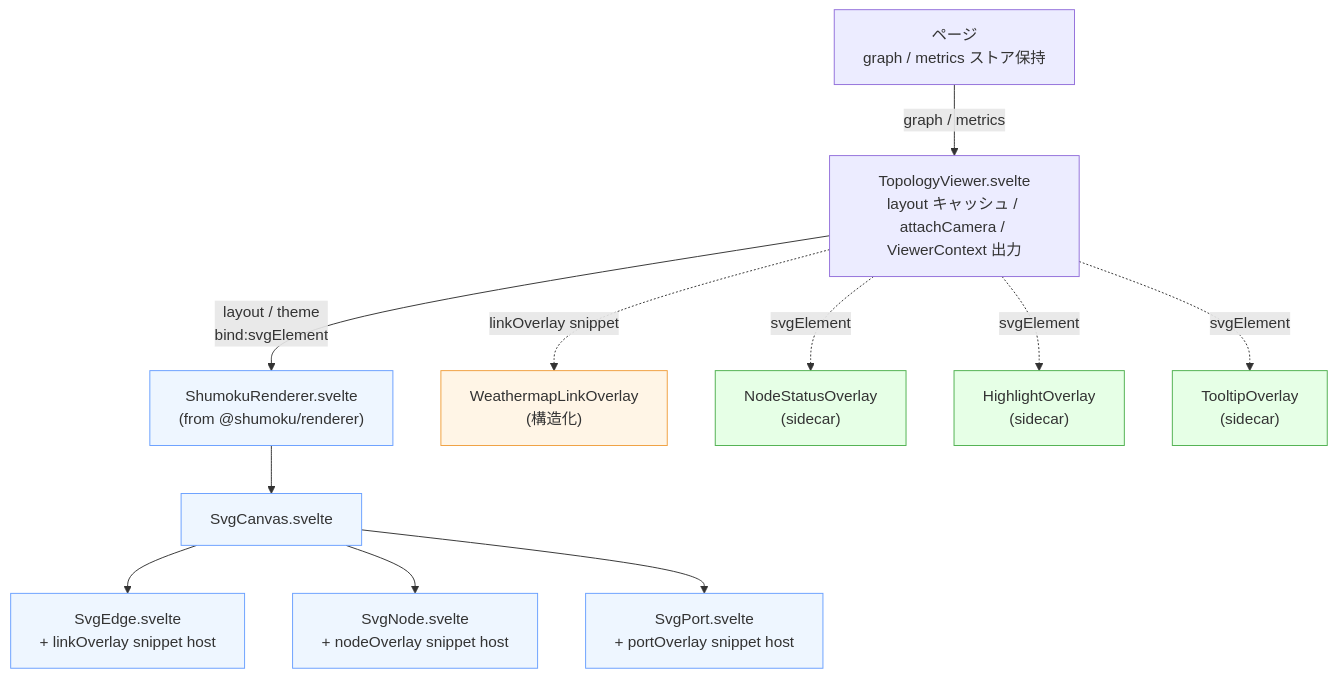
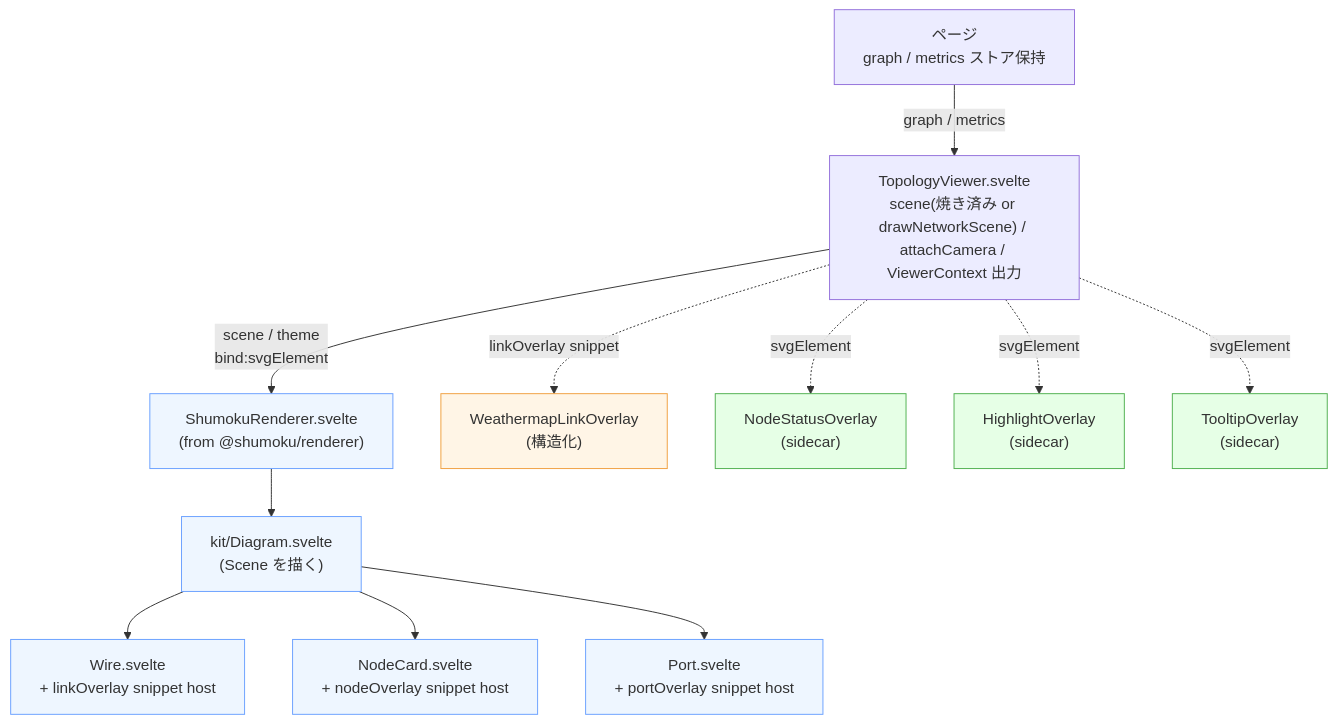
One commit to konoe-akitoshi/shumoku changed the second of 6 diagrams in apps/server/docs/topology-rendering.md. Above: the diagram before and after it, drawn with Mermaid. The commit also changed other lines of this file and 10 other files, not shown here.

````diff
--- a/apps/server/docs/topology-rendering.md
+++ b/apps/server/docs/topology-rendering.md
@@ -344,32 +329,32 @@
 ```mermaid
 flowchart TD
   PAGE["ページ<br/>graph / metrics ストア保持"]
-  TV["TopologyViewer.svelte<br/>layout キャッシュ / attachCamera / ViewerContext 出力"]
+  TV["TopologyViewer.svelte<br/>scene(焼き済み or drawNetworkScene) / attachCamera / ViewerContext 出力"]
   SR["ShumokuRenderer.svelte<br/>(from @shumoku/renderer)"]
-  SC["SvgCanvas.svelte"]
-  SE["SvgEdge.svelte<br/>+ linkOverlay snippet host"]
-  SN["SvgNode.svelte<br/>+ nodeOverlay snippet host"]
-  SP["SvgPort.svelte<br/>+ portOverlay snippet host"]
+  SC["kit/Diagram.svelte<br/>(Scene を描く)"]
+  SE["Wire.svelte<br/>+ linkOverlay snippet host"]
+  SN["NodeCard.svelte<br/>+ nodeOverlay snippet host"]
+  SP["Port.svelte<br/>+ portOverlay snippet host"]
   WML["WeathermapLinkOverlay<br/>(構造化)"]
   NSO["NodeStatusOverlay<br/>(sidecar)"]
   HLO["HighlightOverlay<br/>(sidecar)"]
   TTO["TooltipOverlay<br/>(sidecar)"]
 
   PAGE -->|graph / metrics| TV
-  TV -->|layout / theme<br/>bind:svgElement| SR
+  TV -->|scene / theme<br/>bind:svgElement| SR
   SR --> SC
   SC --> SE
   SC --> SN
   SC --> SP
   TV -.linkOverlay snippet.-> WML
   TV -.svgElement.-> NSO
   TV -.svgElement.-> HLO
   TV -.svgElement.-> TTO
 
   classDef renderer fill:#eef6ff,stroke:#6aa0ff
   classDef structured fill:#fff5e6,stroke:#f0a040
   classDef sidecar fill:#e6ffe6,stroke:#50b050
   class SR,SC,SE,SN,SP renderer
   class WML structured
   class NSO,HLO,TTO sidecar
 ```
````
